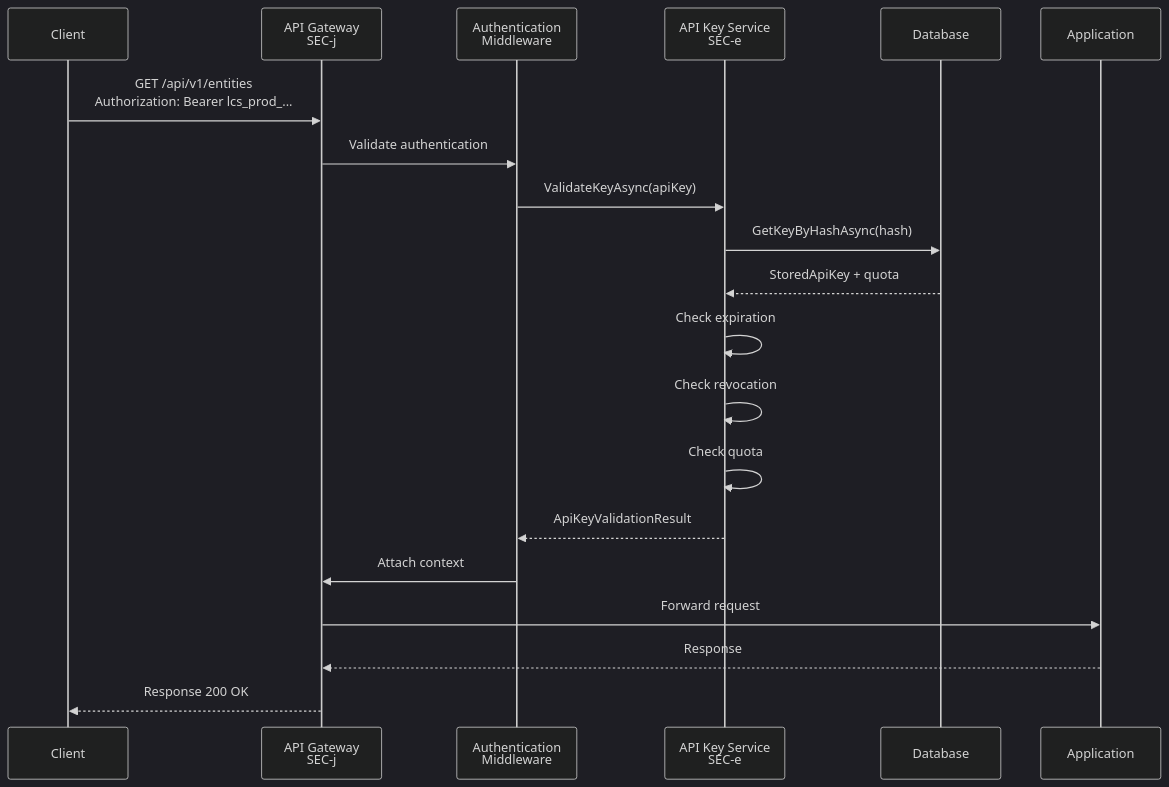
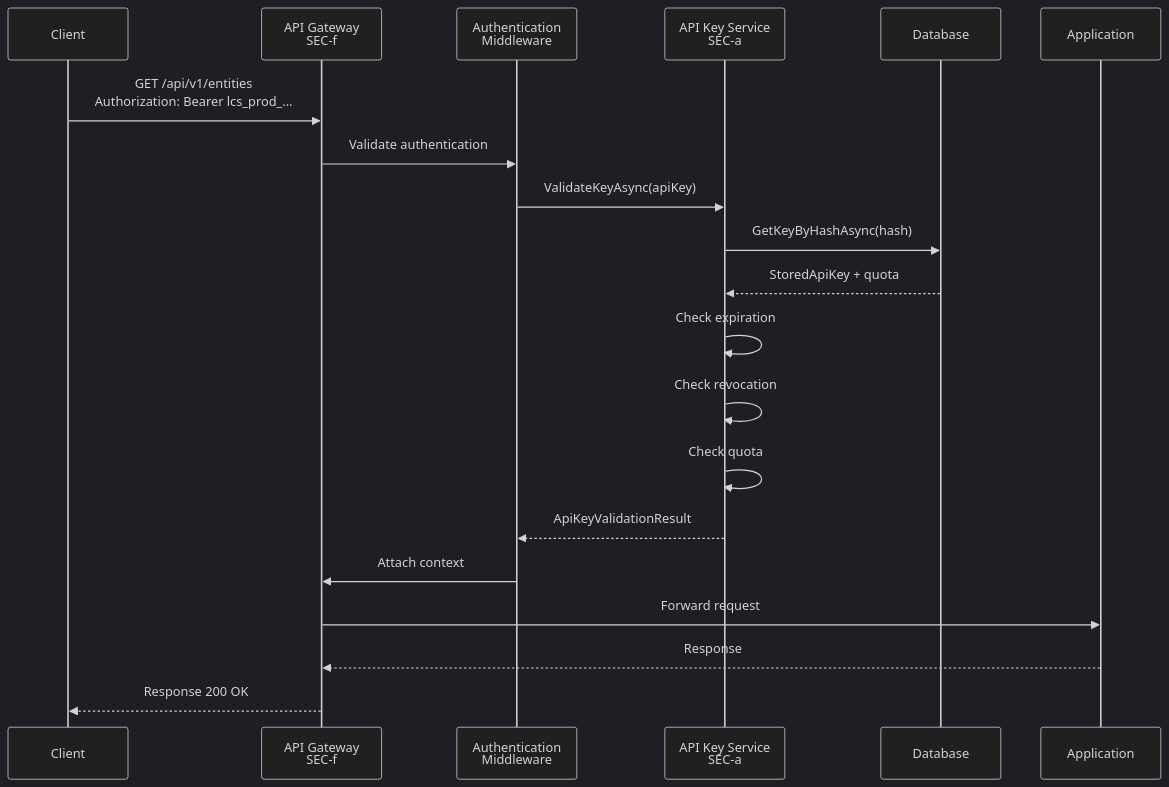
Before and after one commit to southpawriter02/lexichord: the third of 7 diagrams in docs/specs/v0.11.x/v0.11.5/LCS-DES-v0.11.5-SEC-INDEX.md, drawn with Mermaid (dark theme). The commit also changed other lines of this file and 74 other files, not shown here.

````diff
--- a/docs/specs/v0.11.x/v0.11.5/LCS-DES-v0.11.5-SEC-INDEX.md
+++ b/docs/specs/v0.11.x/v0.11.5/LCS-DES-v0.11.5-SEC-INDEX.md
@@ -393,23 +393,23 @@
 ```mermaid
 sequenceDiagram
     participant Client
-    participant Gateway as API Gateway<br/>SEC-j
+    participant Gateway as API Gateway<br/>SEC-f
     participant Auth as Authentication<br/>Middleware
-    participant KeySvc as API Key Service<br/>SEC-e
+    participant KeySvc as API Key Service<br/>SEC-a
     participant DB as Database
     participant App as Application
 
     Client->>Gateway: GET /api/v1/entities<br/>Authorization: Bearer lcs_prod_...
     Gateway->>Auth: Validate authentication
     Auth->>KeySvc: ValidateKeyAsync(apiKey)
     KeySvc->>DB: GetKeyByHashAsync(hash)
     DB-->>KeySvc: StoredApiKey + quota
     KeySvc->>KeySvc: Check expiration
     KeySvc->>KeySvc: Check revocation
     KeySvc->>KeySvc: Check quota
     KeySvc-->>Auth: ApiKeyValidationResult
     Auth->>Gateway: Attach context
     Gateway->>App: Forward request
     App-->>Gateway: Response
     Gateway-->>Client: Response 200 OK
 ```
````
